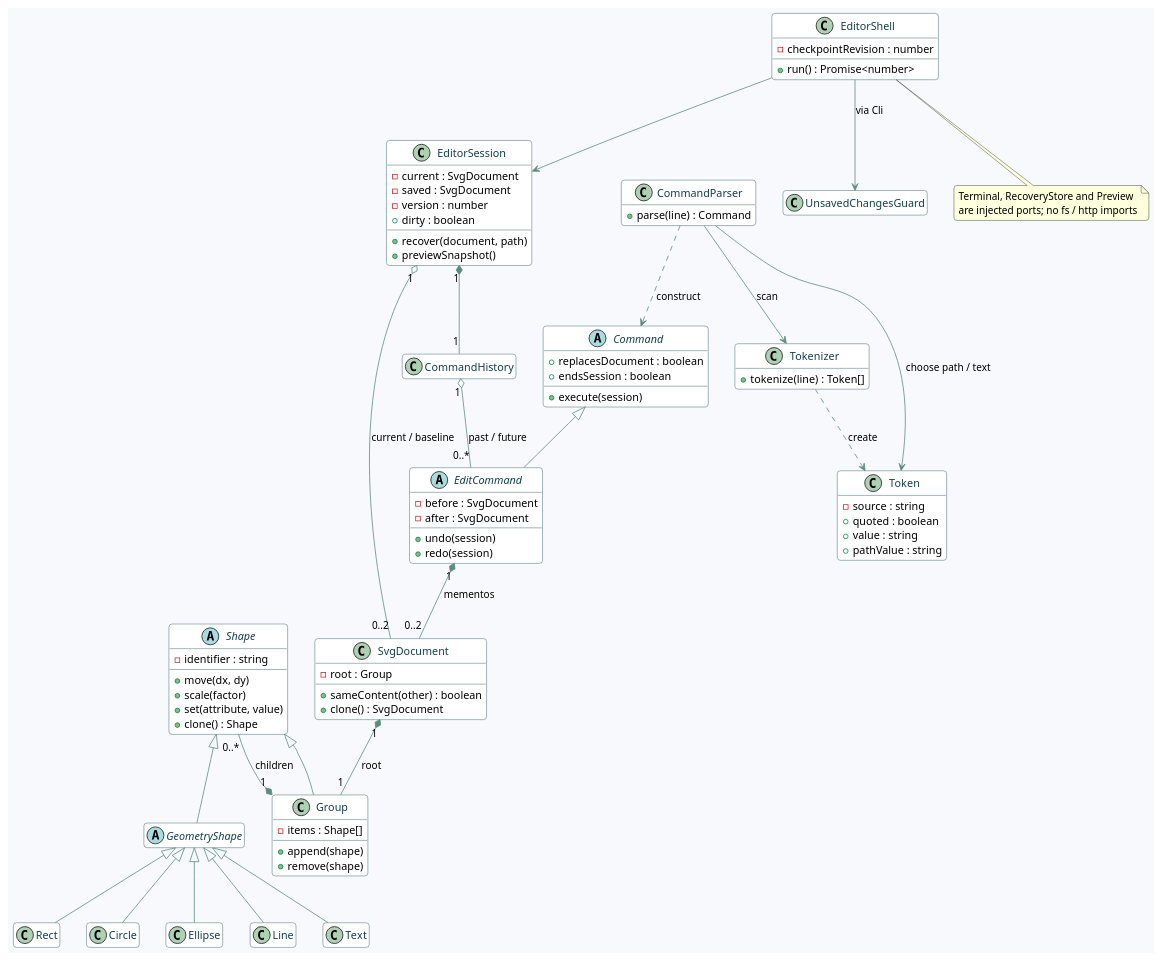
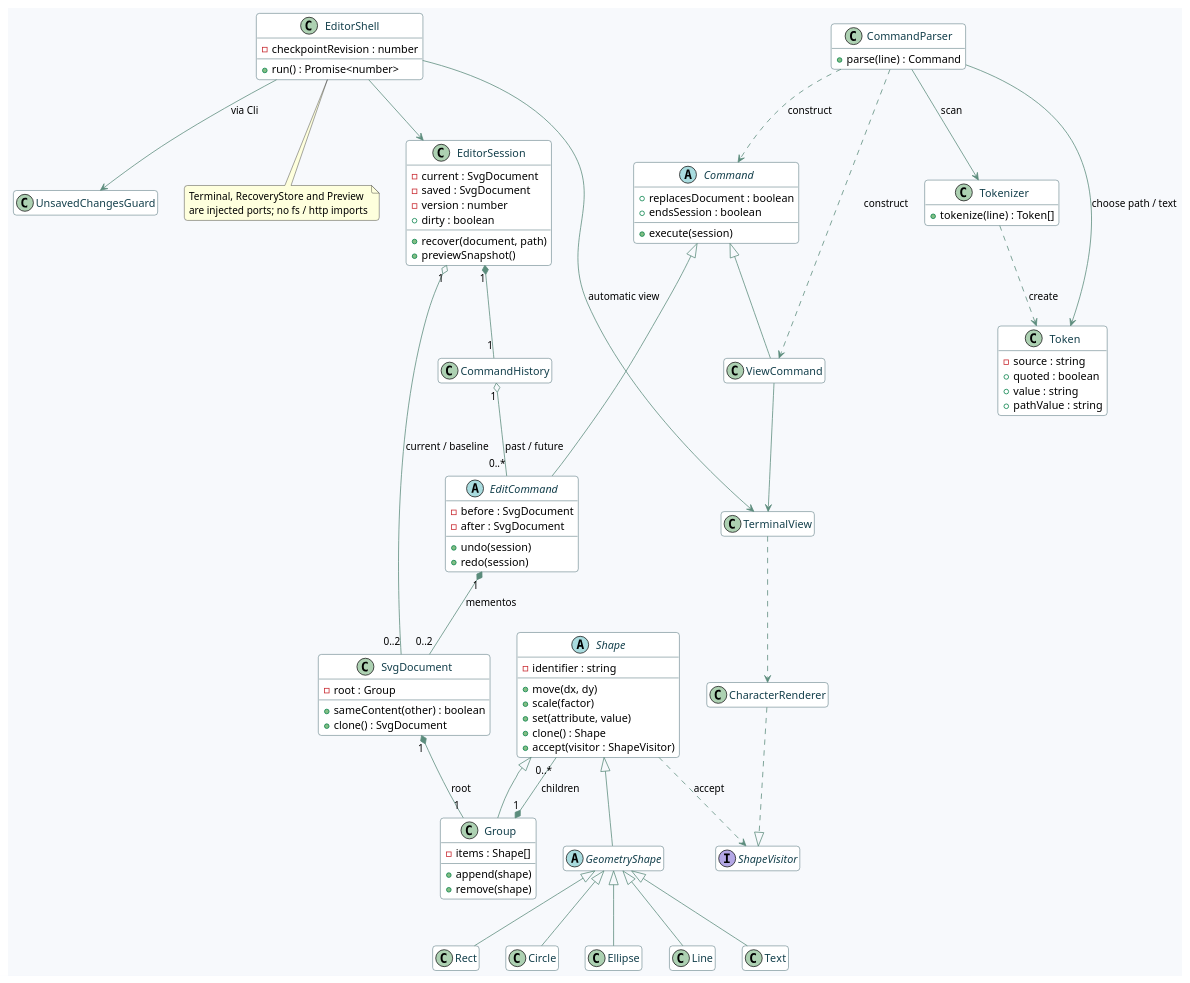
Before and after one commit to cqsh01/fudan-lab1-svg-editor: the diagram in doc/classes.puml, drawn with PlantUML. The commit also changed 16 other files, not shown here.

Commit message:
docs: release terminal preview and synchronize architecture records

```diff
--- a/doc/classes.puml
+++ b/doc/classes.puml
@@ -1,91 +1,103 @@
 @startuml
 skinparam backgroundColor #F7F9FC
 skinparam shadowing false
 skinparam roundcorner 8
 skinparam ArrowColor #5B8C7C
 skinparam classBackgroundColor #FFFFFF
 skinparam classBorderColor #133F4B
 skinparam classFontColor #133F4B
 hide empty members
 abstract class Shape {
   - identifier : string
   + move(dx, dy)
   + scale(factor)
   + set(attribute, value)
   + clone() : Shape
+  + accept(visitor : ShapeVisitor)
 }
 abstract class GeometryShape
 class Rect
 class Circle
 class Ellipse
 class Line
 class Text
 class Group {
   - items : Shape[]
   + append(shape)
   + remove(shape)
 }
 class SvgDocument {
   - root : Group
   + sameContent(other) : boolean
   + clone() : SvgDocument
 }
 Shape <|-- GeometryShape
 Shape <|-- Group
+interface ShapeVisitor
+Shape ..> ShapeVisitor : accept
 GeometryShape <|-- Rect
 GeometryShape <|-- Circle
 GeometryShape <|-- Ellipse
 GeometryShape <|-- Line
 GeometryShape <|-- Text
 Group "1" *-- "0..*" Shape : children
 SvgDocument "1" *-- "1" Group : root
 class EditorSession {
   - current : SvgDocument
   - saved : SvgDocument
   - version : number
   + dirty : boolean
   + recover(document, path)
   + previewSnapshot()
 }
 abstract class Command {
   + replacesDocument : boolean
   + endsSession : boolean
   + execute(session)
 }
 abstract class EditCommand {
   - before : SvgDocument
   - after : SvgDocument
   + undo(session)
   + redo(session)
 }
 class CommandHistory
 class EditorShell {
   - checkpointRevision : number
   + run() : Promise<number>
 }
 class UnsavedChangesGuard
 Command <|-- EditCommand
 EditorSession "1" *-- "1" CommandHistory
 EditorSession "1" o-- "0..2" SvgDocument : current / baseline
 CommandHistory "1" o-- "0..*" EditCommand : past / future
 EditCommand "1" *-- "0..2" SvgDocument : mementos
 EditorShell --> EditorSession
 EditorShell --> UnsavedChangesGuard : via Cli
 note bottom of EditorShell : Terminal, RecoveryStore and Preview\nare injected ports; no fs / http imports
 class Token {
   - source : string
   + quoted : boolean
   + value : string
   + pathValue : string
 }
 class Tokenizer {
   + tokenize(line) : Token[]
 }
 class CommandParser {
   + parse(line) : Command
 }
 CommandParser --> Tokenizer : scan
 Tokenizer ..> Token : create
 CommandParser --> Token : choose path / text
 CommandParser ..> Command : construct
+class ViewCommand
+class TerminalView
+class CharacterRenderer
+Command <|-- ViewCommand
+ViewCommand --> TerminalView
+EditorShell --> TerminalView : automatic view
+CommandParser ..> ViewCommand : construct
+TerminalView ..> CharacterRenderer
+CharacterRenderer ..|> ShapeVisitor
 @enduml
```
